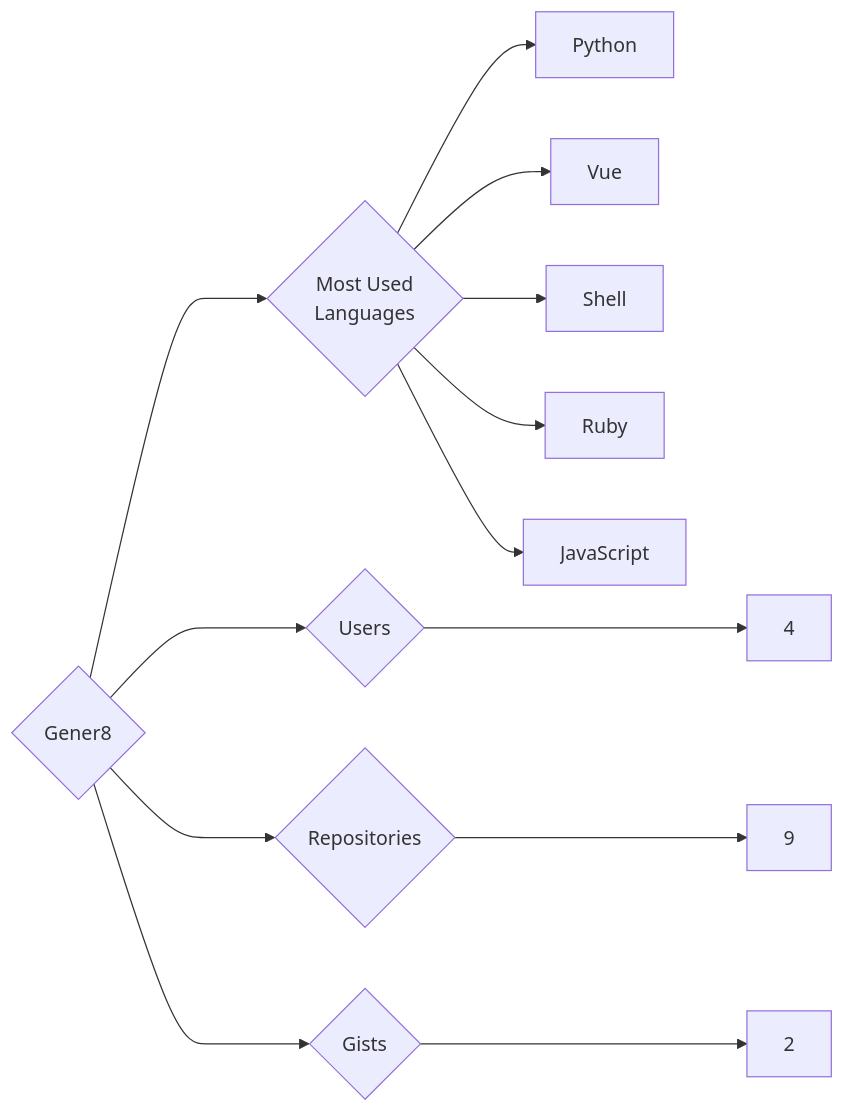
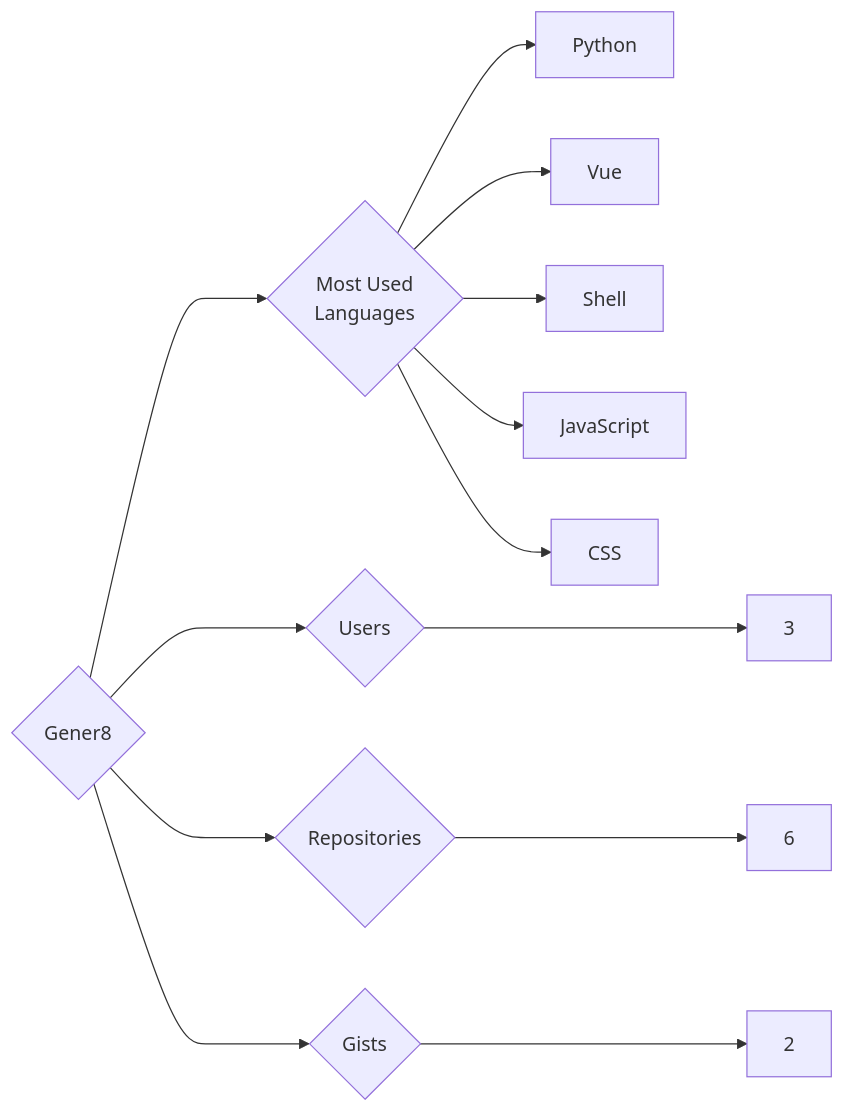
The diagram in targets/Gener8/README.md (trickest/insiders), drawn with Mermaid before and after one commit. The commit also changed 1036 other files, not shown here.

````diff
--- a/targets/Gener8/README.md
+++ b/targets/Gener8/README.md
@@ -3,13 +3,13 @@
 ```mermaid
 graph LR
 COMPANY_NAME{Gener8}
-COMPANY_NAME ---> U{Users} ---> UN[4]
-COMPANY_NAME ---> R{Repositories} ---> RN[9]
+COMPANY_NAME ---> U{Users} ---> UN[3]
+COMPANY_NAME ---> R{Repositories} ---> RN[6]
 COMPANY_NAME ---> G{Gists} ---> GN[2]
 COMPANY_NAME ---> ML{Most Used<br>Languages}
 ML --> Python[Python]
 ML --> Vue[Vue]
 ML --> Shell[Shell]
-ML --> Ruby[Ruby]
 ML --> JavaScript[JavaScript]
+ML --> CSS[CSS]
 ```
````
